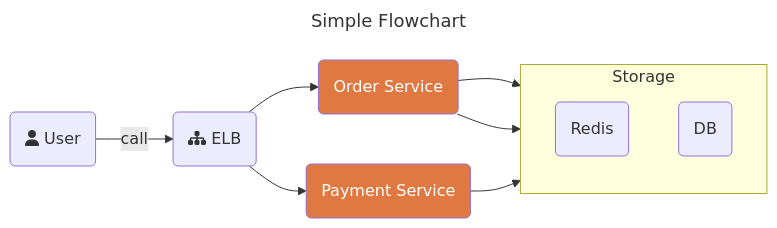
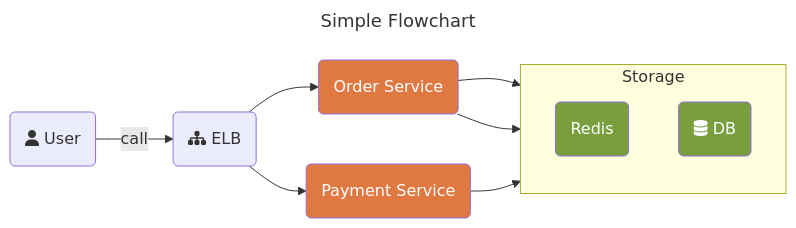
Before and after one commit to cuongnb14/mermaid-builder: the diagram in outputs/flowchart.mmd, drawn with Mermaid. The commit also changed 2 other files, not shown here.

```diff
--- a/outputs/flowchart.mmd
+++ b/outputs/flowchart.mmd
@@ -1,17 +1,18 @@
 ---
 title: Simple Flowchart
 ---
 %%{init: {"theme": "light", "themeVariables": {"fontFamily": "Monospace"}}}%%
 flowchart LR
   user(fa:fa-user User)--> |call|elb(fa:fa-sitemap ELB)
-  order_service(Order Service):::api-->redis(Redis)
-  order_service(Order Service):::api-->db(DB)
+  order_service(Order Service):::api-->redis(Redis):::storage
+  order_service(Order Service):::api-->db(fa:fa-database DB):::storage
   subgraph storage [Storage]
     direction TB
-    redis(Redis)
-    db(DB)
+    redis(Redis):::storage
+    db(fa:fa-database DB):::storage
   end
   payment_service(Payment Service):::api-->storage
   elb(fa:fa-sitemap ELB)-->order_service(Order Service):::api
   elb(fa:fa-sitemap ELB)-->payment_service(Payment Service):::api
 classDef api fill:#e07941 ,color:#FFFFFF
+classDef storage fill:#789e3e,color:#FFFFFF
```
